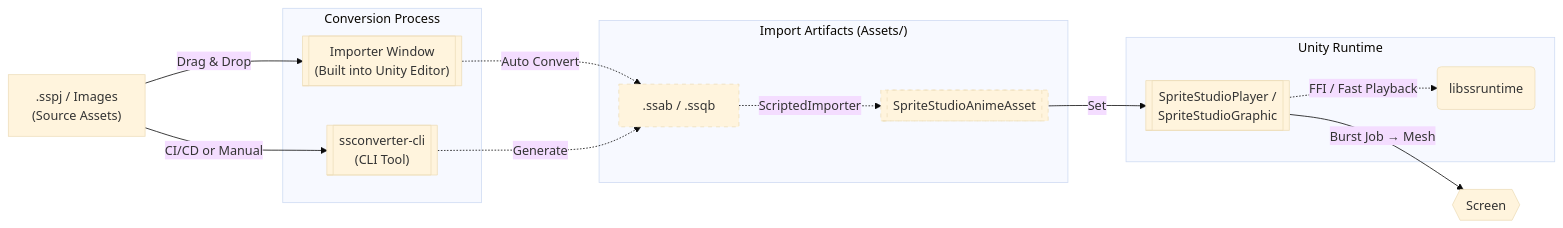
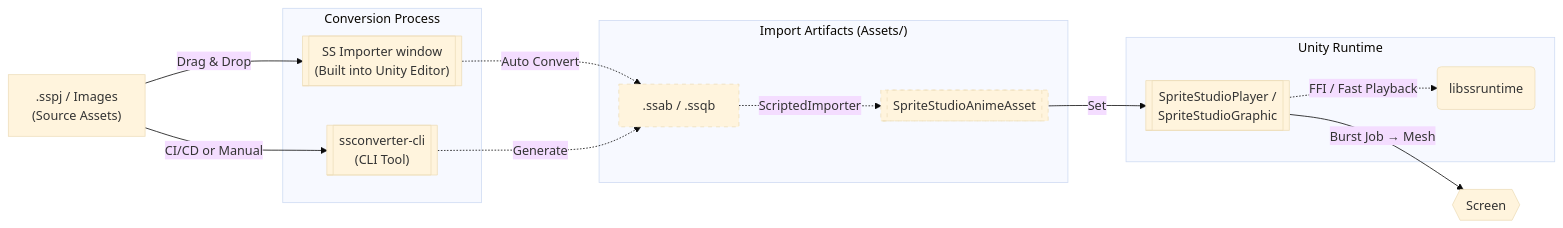
The diagram in docs/en/index.md (cri-middleware/SSPlayerForUnity), drawn with Mermaid (base theme) before and after one commit. The commit also changed 14 other files, not shown here.

First line of the commit message:
fix: name the import window SS Importer in the editor and the docs

````diff
--- a/docs/en/index.md
+++ b/docs/en/index.md
@@ -50,32 +50,32 @@
 ```mermaid
 graph LR
     SS[" .sspj / Images<br>(Source Assets) "]
 
     subgraph Convert ["Conversion Process"]
-        IMP[[" Importer Window<br>(Built into Unity Editor) "]]
+        IMP[[" SS Importer window<br>(Built into Unity Editor) "]]
         CLI[[" ssconverter-cli<br>(CLI Tool) "]]
     end
 
     subgraph Asset ["Import Artifacts (Assets/)"]
         BIN[" .ssab / .ssqb "]
         SO[[ SpriteStudioAnimeAsset ]]
     end
 
     subgraph Runtime ["Unity Runtime"]
         NODE[[ SpriteStudioPlayer /<br>SpriteStudioGraphic ]]
         RT(" libssruntime ")
     end
 
     SS -- "Drag & Drop" --> IMP
     SS -- "CI/CD or Manual" --> CLI
     IMP -. "Auto Convert" .-> BIN
     CLI -. "Generate" .-> BIN
 
     BIN -. "ScriptedImporter" .-> SO
     SO -- "Set" --> NODE
     NODE -. "FFI / Fast Playback" .-> RT
     NODE -- "Burst Job → Mesh" --> RENDER{{" Screen "}}
 
     classDef generated stroke-dasharray: 5 5;
     class BIN,SO generated;
 ```
````
